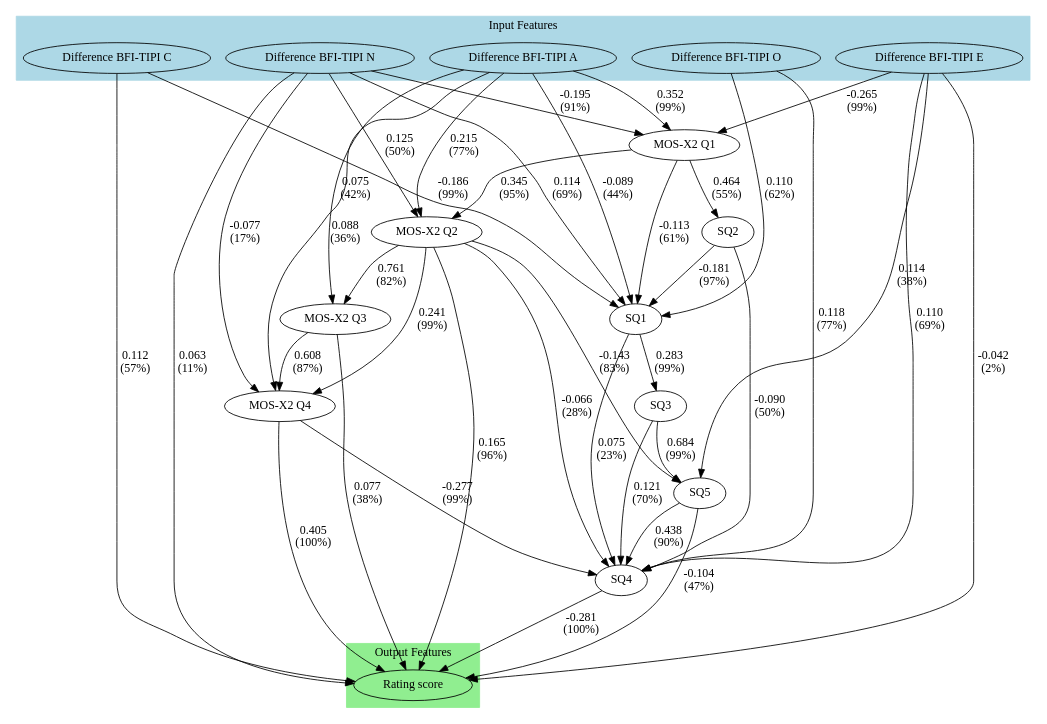
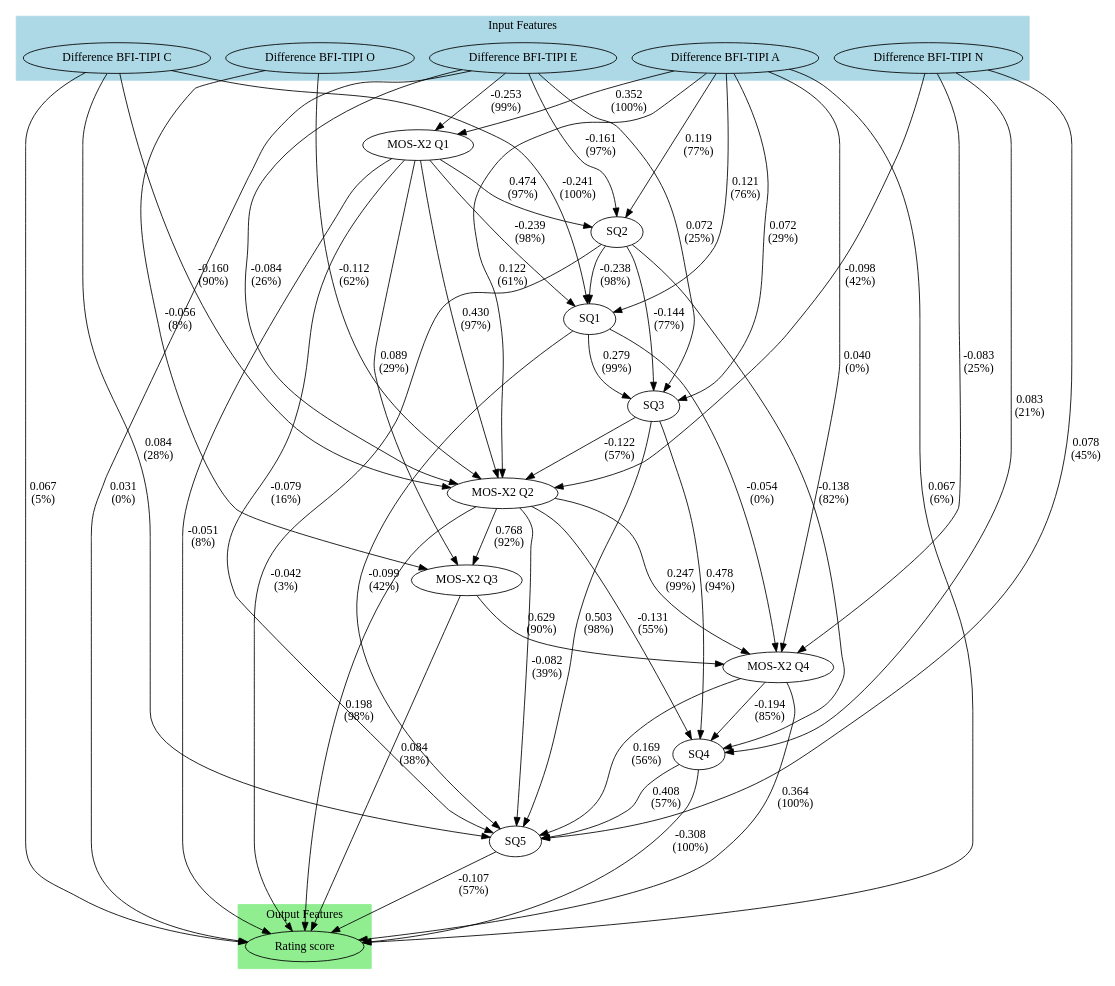
One commit to hiimmuc/Hetero-GNN-CausalDiscovery changed the diagram in Experiment3/Workspace/Models/causal_outputs/figures/causal_graphs/lingam_causal_model_direct.dot. Above: the diagram before and after it, drawn with Graphviz. The commit also changed 32 other files, not shown here.

Commit message:
rerun causal graph

```diff
--- a/Experiment3/Workspace/Models/causal_outputs/figures/causal_graphs/lingam_causal_model_direct.dot
+++ b/Experiment3/Workspace/Models/causal_outputs/figures/causal_graphs/lingam_causal_model_direct.dot
@@ -1,72 +1,84 @@
 digraph {
 	graph [rankdir=TB splines=true]
 	node [fillcolor=white style=filled]
 	"Difference BFI-TIPI O" [label="Difference BFI-TIPI O"]
 	"Difference BFI-TIPI C" [label="Difference BFI-TIPI C"]
 	"Difference BFI-TIPI E" [label="Difference BFI-TIPI E"]
 	"Difference BFI-TIPI A" [label="Difference BFI-TIPI A"]
 	"Difference BFI-TIPI N" [label="Difference BFI-TIPI N"]
 	"MOS-X2 Q1" [label="MOS-X2 Q1"]
 	"MOS-X2 Q2" [label="MOS-X2 Q2"]
 	"MOS-X2 Q3" [label="MOS-X2 Q3"]
 	"MOS-X2 Q4" [label="MOS-X2 Q4"]
 	SQ1 [label=SQ1]
 	SQ2 [label=SQ2]
 	SQ3 [label=SQ3]
 	SQ4 [label=SQ4]
 	SQ5 [label=SQ5]
 	"Rating score" [label="Rating score"]
-	"Difference BFI-TIPI E" -> "MOS-X2 Q1" [label="-0.265\n(99%)" fontsize=14]
-	"Difference BFI-TIPI A" -> "MOS-X2 Q1" [label="0.352\n(99%)" fontsize=14]
-	"Difference BFI-TIPI N" -> "MOS-X2 Q1" [label="-0.195\n(91%)" fontsize=14]
-	"Difference BFI-TIPI A" -> "MOS-X2 Q2" [label="0.215\n(77%)" fontsize=14]
-	"Difference BFI-TIPI N" -> "MOS-X2 Q2" [label="0.125\n(50%)" fontsize=14]
-	"MOS-X2 Q1" -> "MOS-X2 Q2" [label="0.345\n(95%)" fontsize=14]
-	"Difference BFI-TIPI A" -> "MOS-X2 Q3" [label="0.075\n(42%)" fontsize=14]
-	"MOS-X2 Q2" -> "MOS-X2 Q3" [label="0.761\n(82%)" fontsize=14]
-	"Difference BFI-TIPI A" -> "MOS-X2 Q4" [label="0.088\n(36%)" fontsize=14]
-	"Difference BFI-TIPI N" -> "MOS-X2 Q4" [label="-0.077\n(17%)" fontsize=14]
-	"MOS-X2 Q2" -> "MOS-X2 Q4" [label="0.241\n(99%)" fontsize=14]
-	"MOS-X2 Q3" -> "MOS-X2 Q4" [label="0.608\n(87%)" fontsize=14]
-	"Difference BFI-TIPI O" -> SQ1 [label="0.110\n(62%)" fontsize=14]
-	"Difference BFI-TIPI C" -> SQ1 [label="-0.186\n(99%)" fontsize=14]
-	"Difference BFI-TIPI A" -> SQ1 [label="-0.089\n(44%)" fontsize=14]
-	"Difference BFI-TIPI N" -> SQ1 [label="0.114\n(69%)" fontsize=14]
-	"MOS-X2 Q1" -> SQ1 [label="-0.113\n(61%)" fontsize=14]
-	SQ2 -> SQ1 [label="-0.181\n(97%)" fontsize=14]
-	"MOS-X2 Q1" -> SQ2 [label="0.464\n(55%)" fontsize=14]
-	SQ1 -> SQ3 [label="0.283\n(99%)" fontsize=14]
-	"Difference BFI-TIPI O" -> SQ4 [label="0.118\n(77%)" fontsize=14]
-	"Difference BFI-TIPI E" -> SQ4 [label="0.110\n(69%)" fontsize=14]
-	"MOS-X2 Q2" -> SQ4 [label="-0.066\n(28%)" fontsize=14]
-	"MOS-X2 Q4" -> SQ4 [label="-0.277\n(99%)" fontsize=14]
-	SQ1 -> SQ4 [label="0.075\n(23%)" fontsize=14]
-	SQ2 -> SQ4 [label="-0.090\n(50%)" fontsize=14]
-	SQ3 -> SQ4 [label="0.121\n(70%)" fontsize=14]
-	SQ5 -> SQ4 [label="0.438\n(90%)" fontsize=14]
-	"Difference BFI-TIPI E" -> SQ5 [label="0.114\n(38%)" fontsize=14]
-	"MOS-X2 Q2" -> SQ5 [label="-0.143\n(83%)" fontsize=14]
-	SQ3 -> SQ5 [label="0.684\n(99%)" fontsize=14]
-	"Difference BFI-TIPI C" -> "Rating score" [label="0.112\n(57%)" fontsize=14]
-	"Difference BFI-TIPI E" -> "Rating score" [label="-0.042\n(2%)" fontsize=14]
-	"Difference BFI-TIPI N" -> "Rating score" [label="0.063\n(11%)" fontsize=14]
-	"MOS-X2 Q2" -> "Rating score" [label="0.165\n(96%)" fontsize=14]
-	"MOS-X2 Q3" -> "Rating score" [label="0.077\n(38%)" fontsize=14]
-	"MOS-X2 Q4" -> "Rating score" [label="0.405\n(100%)" fontsize=14]
-	SQ4 -> "Rating score" [label="-0.281\n(100%)" fontsize=14]
-	SQ5 -> "Rating score" [label="-0.104\n(47%)" fontsize=14]
+	"Difference BFI-TIPI E" -> "MOS-X2 Q1" [label="-0.253\n(99%)" fontsize=14]
+	"Difference BFI-TIPI A" -> "MOS-X2 Q1" [label="0.352\n(100%)" fontsize=14]
+	"Difference BFI-TIPI O" -> "MOS-X2 Q2" [label="-0.112\n(62%)" fontsize=14]
+	"Difference BFI-TIPI C" -> "MOS-X2 Q2" [label="-0.160\n(90%)" fontsize=14]
+	"Difference BFI-TIPI E" -> "MOS-X2 Q2" [label="-0.084\n(26%)" fontsize=14]
+	"Difference BFI-TIPI A" -> "MOS-X2 Q2" [label="0.122\n(61%)" fontsize=14]
+	"Difference BFI-TIPI N" -> "MOS-X2 Q2" [label="-0.098\n(42%)" fontsize=14]
+	"MOS-X2 Q1" -> "MOS-X2 Q2" [label="0.430\n(97%)" fontsize=14]
+	SQ3 -> "MOS-X2 Q2" [label="-0.122\n(57%)" fontsize=14]
+	"Difference BFI-TIPI O" -> "MOS-X2 Q3" [label="-0.056\n(8%)" fontsize=14]
+	"MOS-X2 Q1" -> "MOS-X2 Q3" [label="0.089\n(29%)" fontsize=14]
+	"MOS-X2 Q2" -> "MOS-X2 Q3" [label="0.768\n(92%)" fontsize=14]
+	"Difference BFI-TIPI A" -> "MOS-X2 Q4" [label="0.040\n(0%)" fontsize=14]
+	"Difference BFI-TIPI N" -> "MOS-X2 Q4" [label="-0.083\n(25%)" fontsize=14]
+	"MOS-X2 Q2" -> "MOS-X2 Q4" [label="0.247\n(99%)" fontsize=14]
+	"MOS-X2 Q3" -> "MOS-X2 Q4" [label="0.629\n(90%)" fontsize=14]
+	SQ1 -> "MOS-X2 Q4" [label="-0.054\n(0%)" fontsize=14]
+	"Difference BFI-TIPI C" -> SQ1 [label="-0.241\n(100%)" fontsize=14]
+	"Difference BFI-TIPI A" -> SQ1 [label="0.121\n(76%)" fontsize=14]
+	"MOS-X2 Q1" -> SQ1 [label="-0.239\n(98%)" fontsize=14]
+	SQ2 -> SQ1 [label="-0.238\n(98%)" fontsize=14]
+	"Difference BFI-TIPI E" -> SQ2 [label="-0.161\n(97%)" fontsize=14]
+	"Difference BFI-TIPI A" -> SQ2 [label="0.119\n(77%)" fontsize=14]
+	"MOS-X2 Q1" -> SQ2 [label="0.474\n(97%)" fontsize=14]
+	"Difference BFI-TIPI E" -> SQ3 [label="0.072\n(25%)" fontsize=14]
+	"Difference BFI-TIPI A" -> SQ3 [label="0.072\n(29%)" fontsize=14]
+	SQ1 -> SQ3 [label="0.279\n(99%)" fontsize=14]
+	SQ2 -> SQ3 [label="-0.144\n(77%)" fontsize=14]
+	"Difference BFI-TIPI N" -> SQ4 [label="0.083\n(21%)" fontsize=14]
+	"MOS-X2 Q2" -> SQ4 [label="-0.131\n(55%)" fontsize=14]
+	"MOS-X2 Q4" -> SQ4 [label="-0.194\n(85%)" fontsize=14]
+	SQ2 -> SQ4 [label="-0.138\n(82%)" fontsize=14]
+	SQ3 -> SQ4 [label="0.478\n(94%)" fontsize=14]
+	"Difference BFI-TIPI C" -> SQ5 [label="0.084\n(28%)" fontsize=14]
+	"Difference BFI-TIPI N" -> SQ5 [label="0.078\n(45%)" fontsize=14]
+	"MOS-X2 Q1" -> SQ5 [label="-0.079\n(16%)" fontsize=14]
+	"MOS-X2 Q2" -> SQ5 [label="-0.082\n(39%)" fontsize=14]
+	"MOS-X2 Q4" -> SQ5 [label="0.169\n(56%)" fontsize=14]
+	SQ1 -> SQ5 [label="-0.099\n(42%)" fontsize=14]
+	SQ3 -> SQ5 [label="0.503\n(98%)" fontsize=14]
+	SQ4 -> SQ5 [label="0.408\n(57%)" fontsize=14]
+	"Difference BFI-TIPI C" -> "Rating score" [label="0.067\n(5%)" fontsize=14]
+	"Difference BFI-TIPI E" -> "Rating score" [label="0.031\n(0%)" fontsize=14]
+	"Difference BFI-TIPI A" -> "Rating score" [label="0.067\n(6%)" fontsize=14]
+	"MOS-X2 Q1" -> "Rating score" [label="-0.051\n(8%)" fontsize=14]
+	"MOS-X2 Q2" -> "Rating score" [label="0.198\n(98%)" fontsize=14]
+	"MOS-X2 Q3" -> "Rating score" [label="0.084\n(38%)" fontsize=14]
+	"MOS-X2 Q4" -> "Rating score" [label="0.364\n(100%)" fontsize=14]
+	SQ2 -> "Rating score" [label="-0.042\n(3%)" fontsize=14]
+	SQ4 -> "Rating score" [label="-0.308\n(100%)" fontsize=14]
+	SQ5 -> "Rating score" [label="-0.107\n(57%)" fontsize=14]
 	subgraph cluster_input {
 		rank=same
 		color=lightblue label="Input Features" style=filled
 		"Difference BFI-TIPI O" [fillcolor=lightblue style=filled]
 		"Difference BFI-TIPI C" [fillcolor=lightblue style=filled]
 		"Difference BFI-TIPI E" [fillcolor=lightblue style=filled]
 		"Difference BFI-TIPI A" [fillcolor=lightblue style=filled]
 		"Difference BFI-TIPI N" [fillcolor=lightblue style=filled]
 	}
 	subgraph cluster_output {
 		rank=same
 		color=lightgreen label="Output Features" style=filled
 		"Rating score" [fillcolor=lightgreen style=filled]
 	}
 }
```
